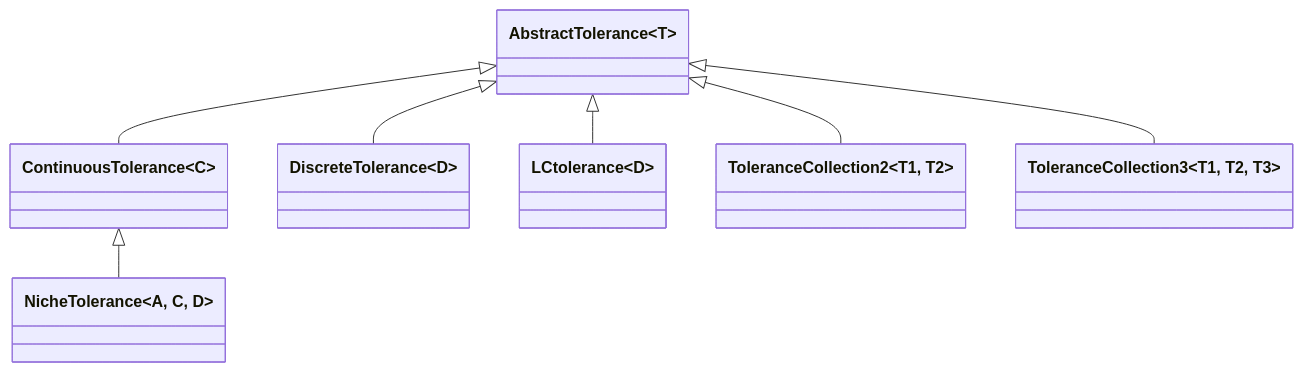
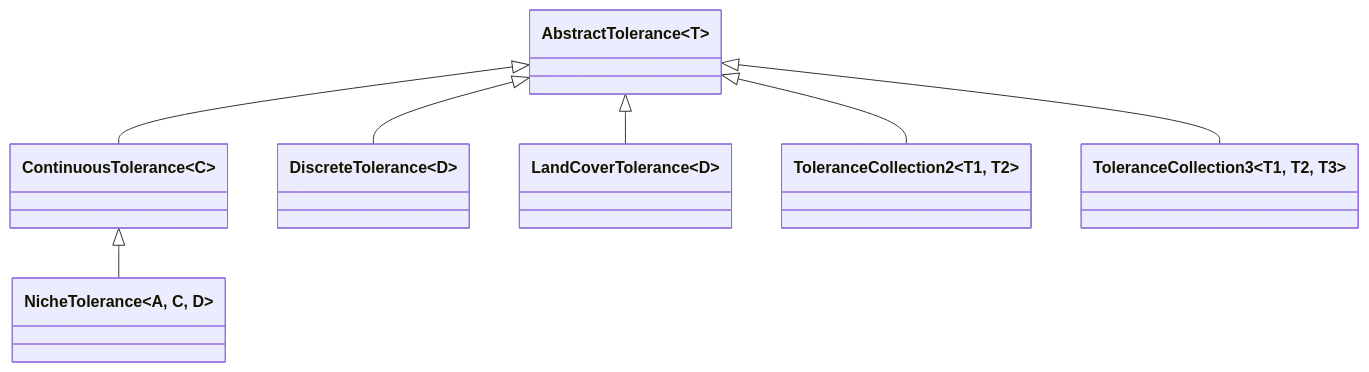
The fifth of 11 diagrams in docs/architecture.md (EcoJulia/EcoSISTEM.jl), drawn with Mermaid before and after one commit. The commit also changed other lines of this file and 46 other files, not shown here.

````diff
--- a/docs/architecture.md
+++ b/docs/architecture.md
@@ -152,16 +152,16 @@
 ```mermaid
 classDiagram
     class AbstractTolerance~T~
     class ContinuousTolerance~C~
     class NicheTolerance~A, C, D~
     class DiscreteTolerance~D~
-    class LCtolerance~D~
+    class LandCoverTolerance~D~
     class ToleranceCollection2~T1, T2~
     class ToleranceCollection3~T1, T2, T3~
     AbstractTolerance  <|-- ContinuousTolerance
     AbstractTolerance  <|-- DiscreteTolerance
-    AbstractTolerance  <|-- LCtolerance
+    AbstractTolerance  <|-- LandCoverTolerance
     AbstractTolerance  <|-- ToleranceCollection2
     AbstractTolerance  <|-- ToleranceCollection3
     ContinuousTolerance <|-- NicheTolerance
 ```
````
